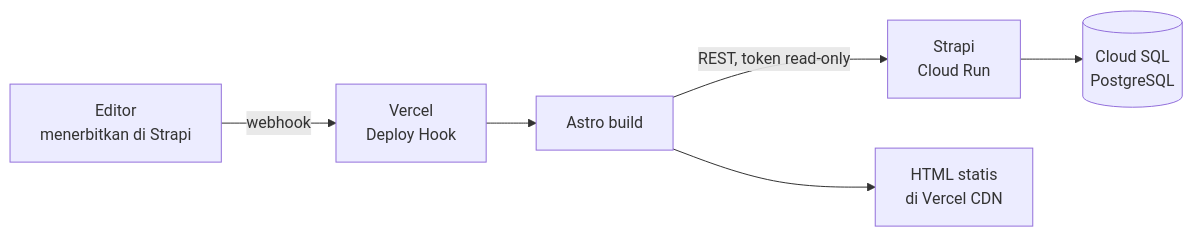
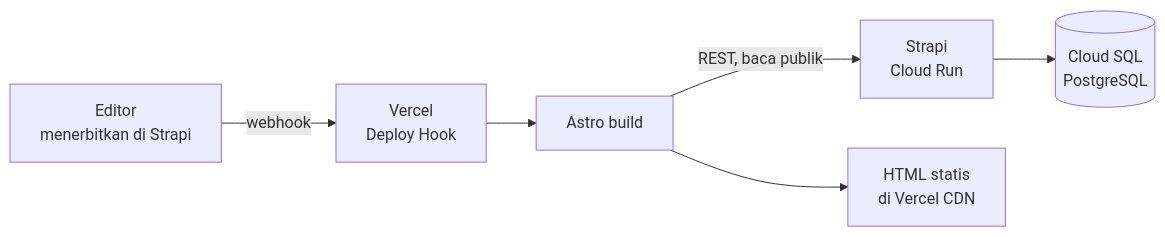
The first of 3 diagrams in docs/ARCHITECTURE.id.md (AnggaWikaNugraha/knowly-headless-cms), drawn with Mermaid before and after one commit. The commit also changed other lines of this file and 32 other files, not shown here.

````diff
--- a/docs/ARCHITECTURE.id.md
+++ b/docs/ARCHITECTURE.id.md
@@ -65,8 +65,8 @@
 ```mermaid
 flowchart LR
     E["Editor<br/>menerbitkan di Strapi"] -->|webhook| VH["Vercel<br/>Deploy Hook"]
     VH --> B["Astro build"]
-    B -->|"REST, token read-only"| S["Strapi<br/>Cloud Run"]
+    B -->|"REST, baca publik"| S["Strapi<br/>Cloud Run"]
     S --> DB[("Cloud SQL<br/>PostgreSQL")]
     B --> ST["HTML statis<br/>di Vercel CDN"]
 ```
````
